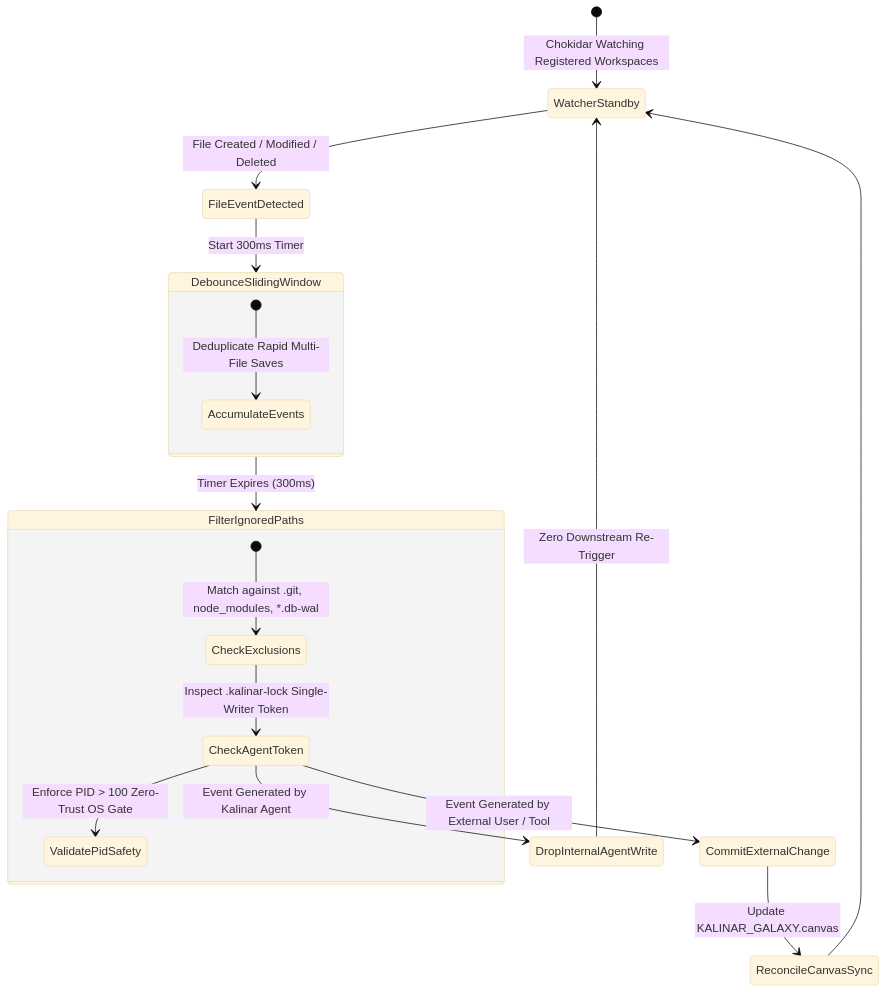
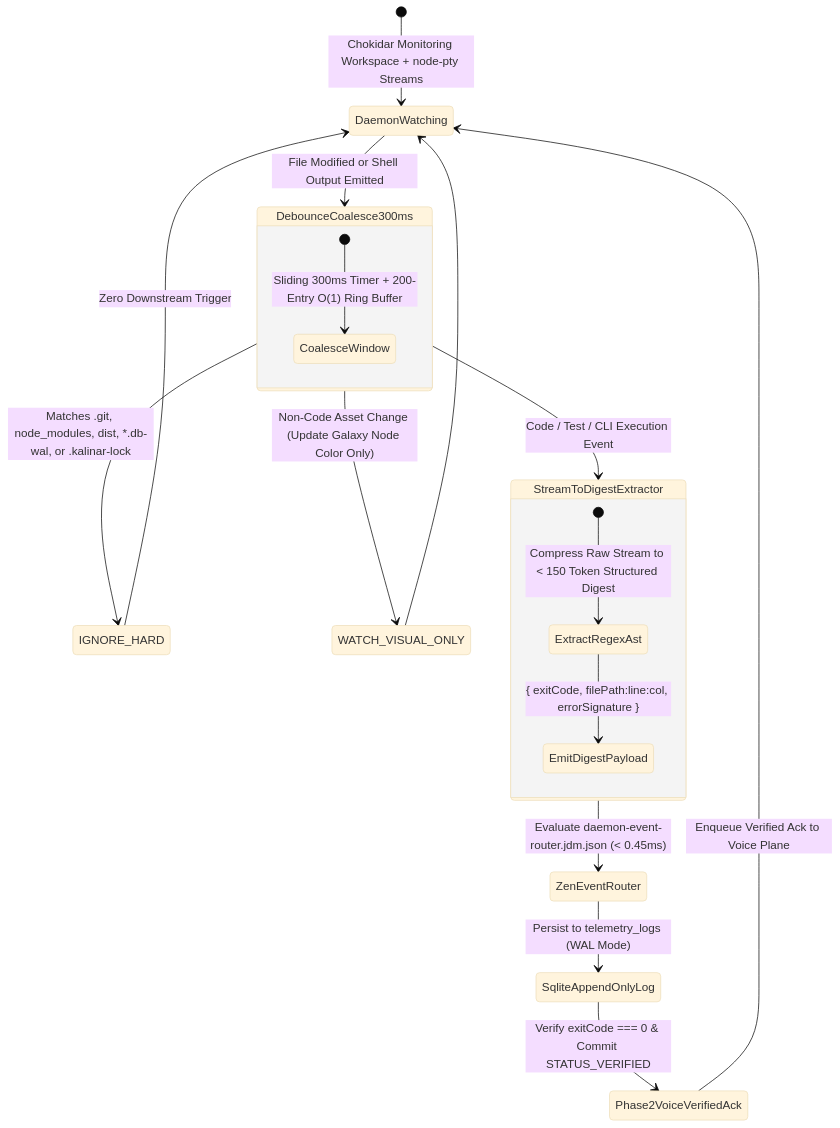
Before and after one commit to code-thiago/kalinar-agent-galaxy-os: the third of 5 diagrams in .antigravity/blueprint/03_APP_FLOW.md, drawn with Mermaid (base theme). The commit also changed other lines of this file and 28 other files, not shown here.

Commit message:
feat(singularity): implement 7 voice laws, fifo agent queue, and argon/claude/gemini model router [v1.1.0]

````diff
--- a/.antigravity/blueprint/03_APP_FLOW.md
+++ b/.antigravity/blueprint/03_APP_FLOW.md
@@ -125,26 +109,28 @@
 ```mermaid
 stateDiagram-v2
-    [*] --> WatcherStandby: Chokidar Watching Registered Workspaces
+    [*] --> DaemonWatching: Chokidar Monitoring Workspace + node-pty Streams
     
-    WatcherStandby --> FileEventDetected: File Created / Modified / Deleted
-    FileEventDetected --> DebounceSlidingWindow: Start 300ms Timer
+    DaemonWatching --> DebounceCoalesce300ms: File Modified or Shell Output Emitted
     
-    state DebounceSlidingWindow {
-        [*] --> AccumulateEvents: Deduplicate Rapid Multi-File Saves
+    state DebounceCoalesce300ms {
+        [*] --> CoalesceWindow: Sliding 300ms Timer + 200-Entry O(1) Ring Buffer
     }
 
-    DebounceSlidingWindow --> FilterIgnoredPaths: Timer Expires (300ms)
+    DebounceCoalesce300ms --> IGNORE_HARD: Matches .git, node_modules, dist, *.db-wal, or .kalinar-lock
+    IGNORE_HARD --> DaemonWatching: Zero Downstream Trigger
     
-    state FilterIgnoredPaths {
-        [*] --> CheckExclusions: Match against .git, node_modules, *.db-wal
-        CheckExclusions --> CheckAgentToken: Inspect .kalinar-lock Single-Writer Token
-        CheckAgentToken --> ValidatePidSafety: Enforce PID > 100 Zero-Trust OS Gate
+    DebounceCoalesce300ms --> WATCH_VISUAL_ONLY: Non-Code Asset Change (Update Galaxy Node Color Only)
+    WATCH_VISUAL_ONLY --> DaemonWatching
+    
+    DebounceCoalesce300ms --> StreamToDigestExtractor: Code / Test / CLI Execution Event
+    
+    state StreamToDigestExtractor {
+        [*] --> ExtractRegexAst: Compress Raw Stream to < 150 Token Structured Digest
+        ExtractRegexAst --> EmitDigestPayload: { exitCode, filePath:line:col, errorSignature }
     }
 
-    CheckAgentToken --> DropInternalAgentWrite: Event Generated by Kalinar Agent
-    DropInternalAgentWrite --> WatcherStandby: Zero Downstream Re-Trigger
-
-    CheckAgentToken --> CommitExternalChange: Event Generated by External User / Tool
-    CommitExternalChange --> ReconcileCanvasSync: Update KALINAR_GALAXY.canvas
-    ReconcileCanvasSync --> WatcherStandby
+    StreamToDigestExtractor --> ZenEventRouter: Evaluate daemon-event-router.jdm.json (< 0.45ms)
+    ZenEventRouter --> SqliteAppendOnlyLog: Persist to telemetry_logs (WAL Mode)
+    SqliteAppendOnlyLog --> Phase2VoiceVerifiedAck: Verify exitCode === 0 & Commit STATUS_VERIFIED
+    Phase2VoiceVerifiedAck --> DaemonWatching: Enqueue Verified Ack to Voice Plane
 ```
````
